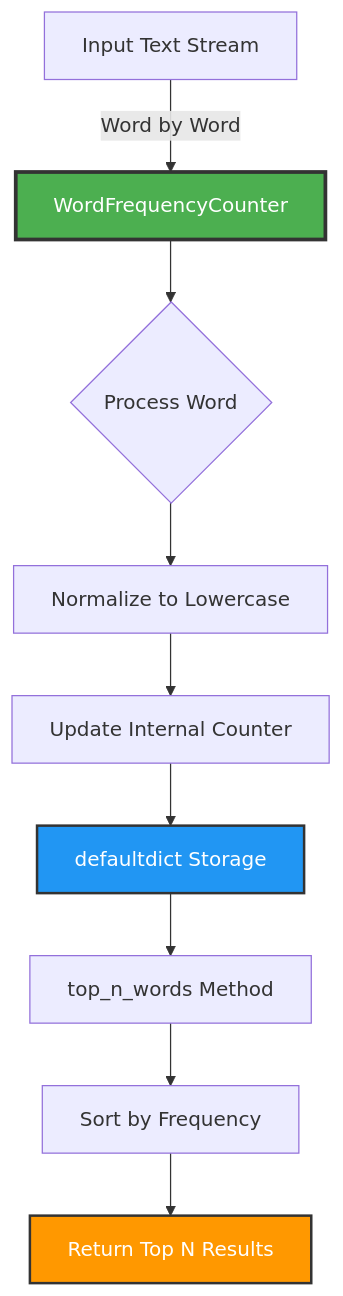
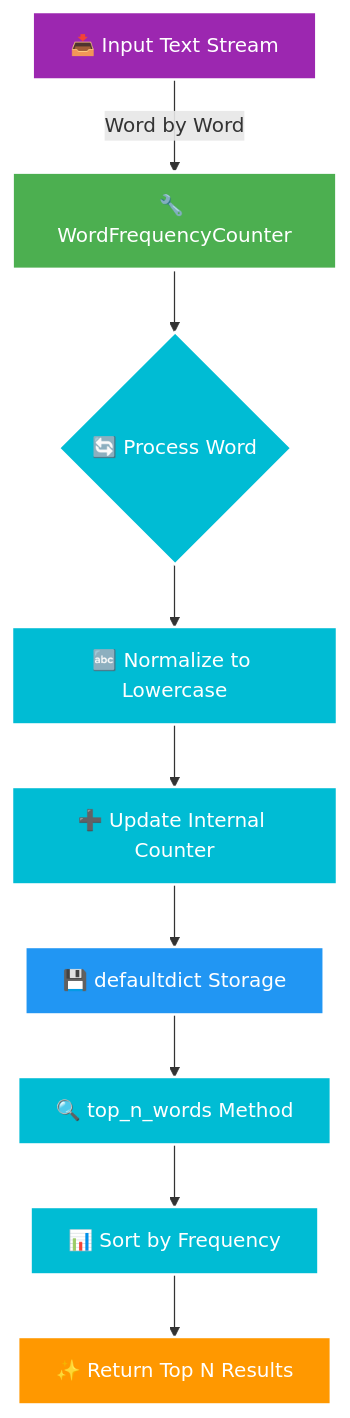
Before and after one commit to LuthandoCandlovu/sarao-technical-challenge: the diagram in project-1/README.md, drawn with Mermaid. The commit also changed other lines of this file and 5 other files, not shown here.

````diff
--- a/project-1/README.md
+++ b/project-1/README.md
@@ -13,15 +64,21 @@
 ```mermaid
 graph TB
-    A[Input Text Stream] -->|Word by Word| B[WordFrequencyCounter]
-    B --> C{Process Word}
-    C --> D[Normalize to Lowercase]
-    D --> E[Update Internal Counter]
-    E --> F[defaultdict Storage]
-    F --> G[top_n_words Method]
-    G --> H[Sort by Frequency]
-    H --> I[Return Top N Results]
+    A[📥 Input Text Stream] -->|Word by Word| B[🔧 WordFrequencyCounter]
+    B --> C{🔄 Process Word}
+    C --> D[🔤 Normalize to Lowercase]
+    D --> E[➕ Update Internal Counter]
+    E --> F[💾 defaultdict Storage]
+    F --> G[🔍 top_n_words Method]
+    G --> H[📊 Sort by Frequency]
+    H --> I[✨ Return Top N Results]
 
-    style B fill:#4CAF50,stroke:#333,stroke-width:3px,color:#fff
-    style F fill:#2196F3,stroke:#333,stroke-width:2px,color:#fff
-    style I fill:#FF9800,stroke:#333,stroke-width:2px,color:#fff
+    style B fill:#4CAF50,stroke:#fff,stroke-width:3px,color:#fff
+    style F fill:#2196F3,stroke:#fff,stroke-width:2px,color:#fff
+    style I fill:#FF9800,stroke:#fff,stroke-width:2px,color:#fff
+
+    classDef inputStyle fill:#9C27B0,stroke:#fff,stroke-width:2px,color:#fff
+    classDef processStyle fill:#00BCD4,stroke:#fff,stroke-width:2px,color:#fff
+
+    class A inputStyle
+    class C,D,E,G,H processStyle
 ```
````
